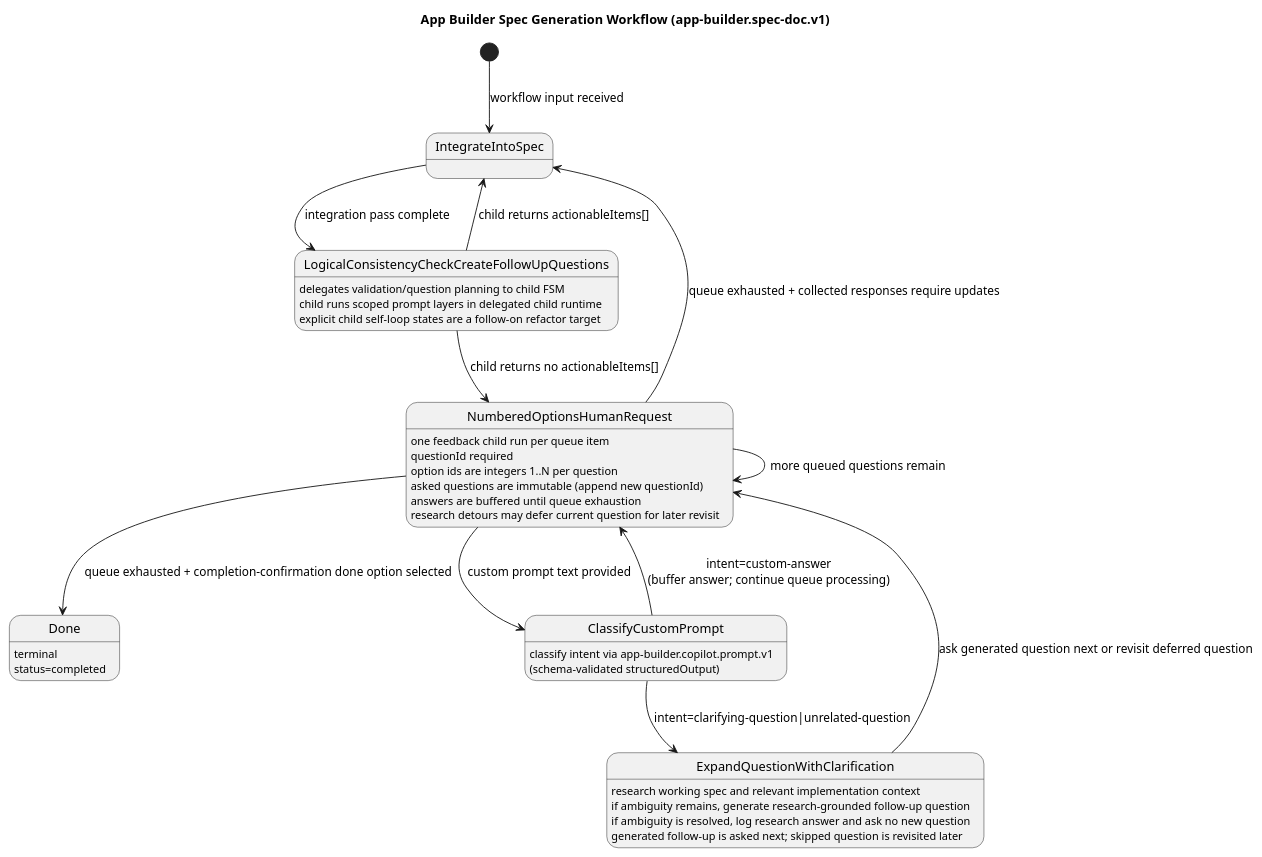
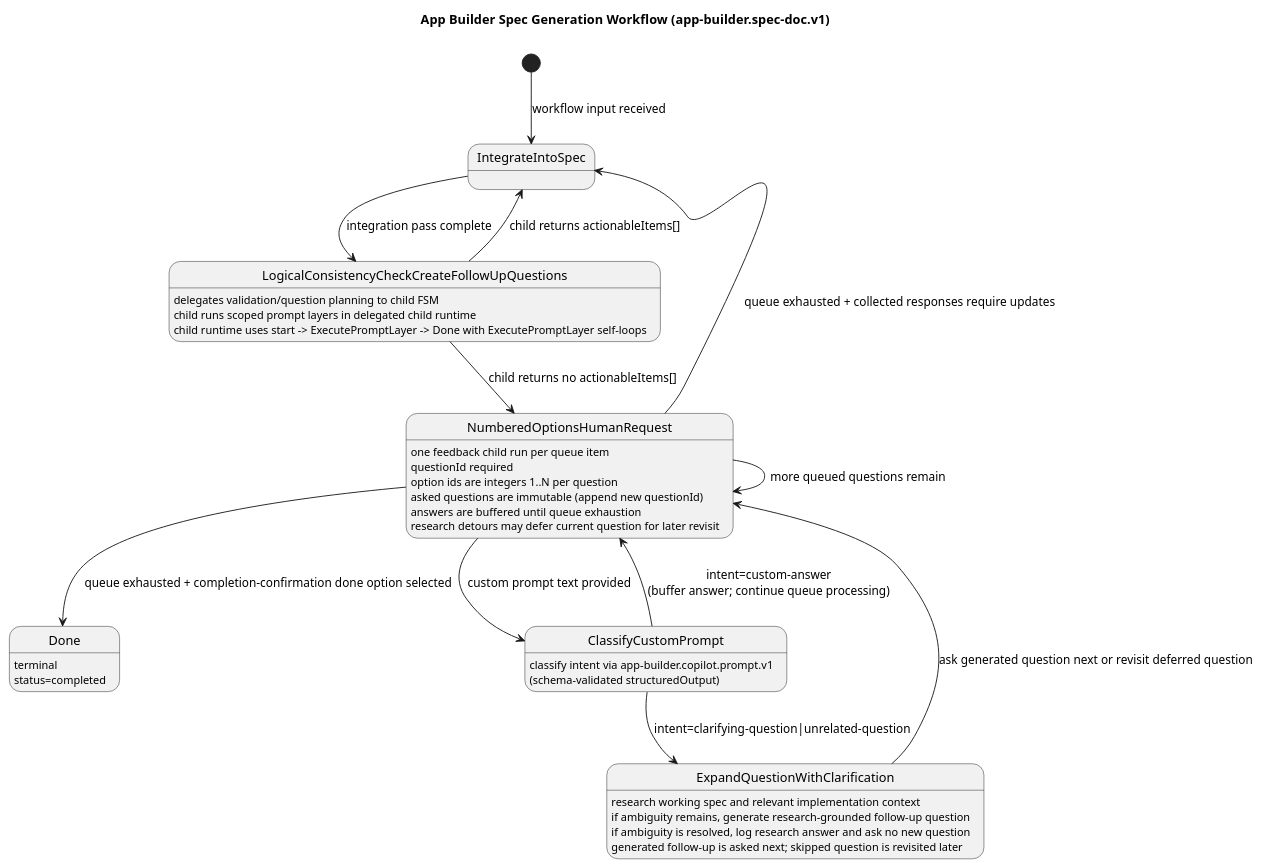
Before and after one commit to huntj88/ComposableWorkflow: the diagram in packages/workflow-app-builder/docs/spec-doc-generation-workflow.md, drawn with PlantUML. The commit also changed other lines of this file and 22 other files, not shown here.

Commit message:
Implement child FSM self-loop consistency flow

````diff
--- a/packages/workflow-app-builder/docs/spec-doc-generation-workflow.md
+++ b/packages/workflow-app-builder/docs/spec-doc-generation-workflow.md
@@ -169,42 +169,42 @@
 ```plantuml
 @startuml
 title App Builder Spec Generation Workflow (app-builder.spec-doc.v1)
 
 [*] --> IntegrateIntoSpec : workflow input received
 IntegrateIntoSpec --> LogicalConsistencyCheckCreateFollowUpQuestions : integration pass complete
 
 LogicalConsistencyCheckCreateFollowUpQuestions : delegates validation/question planning to child FSM
 LogicalConsistencyCheckCreateFollowUpQuestions : child runs scoped prompt layers in delegated child runtime
-LogicalConsistencyCheckCreateFollowUpQuestions : explicit child self-loop states are a follow-on refactor target
+LogicalConsistencyCheckCreateFollowUpQuestions : child runtime uses start -> ExecutePromptLayer -> Done with ExecutePromptLayer self-loops
 LogicalConsistencyCheckCreateFollowUpQuestions --> IntegrateIntoSpec : child returns actionableItems[]
 LogicalConsistencyCheckCreateFollowUpQuestions --> NumberedOptionsHumanRequest : child returns no actionableItems[]
 
 NumberedOptionsHumanRequest : one feedback child run per queue item
 NumberedOptionsHumanRequest : questionId required
 NumberedOptionsHumanRequest : option ids are integers 1..N per question
 NumberedOptionsHumanRequest : asked questions are immutable (append new questionId)
 NumberedOptionsHumanRequest : answers are buffered until queue exhaustion
 NumberedOptionsHumanRequest : research detours may defer current question for later revisit
 
 NumberedOptionsHumanRequest --> NumberedOptionsHumanRequest : more queued questions remain
 NumberedOptionsHumanRequest --> Done : queue exhausted + completion-confirmation done option selected
 NumberedOptionsHumanRequest --> IntegrateIntoSpec : queue exhausted + collected responses require updates
 NumberedOptionsHumanRequest --> ClassifyCustomPrompt : custom prompt text provided
 
 state ClassifyCustomPrompt
 ClassifyCustomPrompt : classify intent via app-builder.copilot.prompt.v1\n(schema-validated structuredOutput)
 
 ClassifyCustomPrompt --> ExpandQuestionWithClarification : intent=clarifying-question|unrelated-question
 ClassifyCustomPrompt --> NumberedOptionsHumanRequest : intent=custom-answer\n(buffer answer; continue queue processing)
 
 state ExpandQuestionWithClarification
 ExpandQuestionWithClarification : research working spec and relevant implementation context
 ExpandQuestionWithClarification : if ambiguity remains, generate research-grounded follow-up question
 ExpandQuestionWithClarification : if ambiguity is resolved, log research answer and ask no new question
 ExpandQuestionWithClarification : generated follow-up is asked next; skipped question is revisited later
 
 ExpandQuestionWithClarification --> NumberedOptionsHumanRequest : ask generated question next or revisit deferred question
 
 Done : terminal\nstatus=completed
 @enduml
 ```
````
